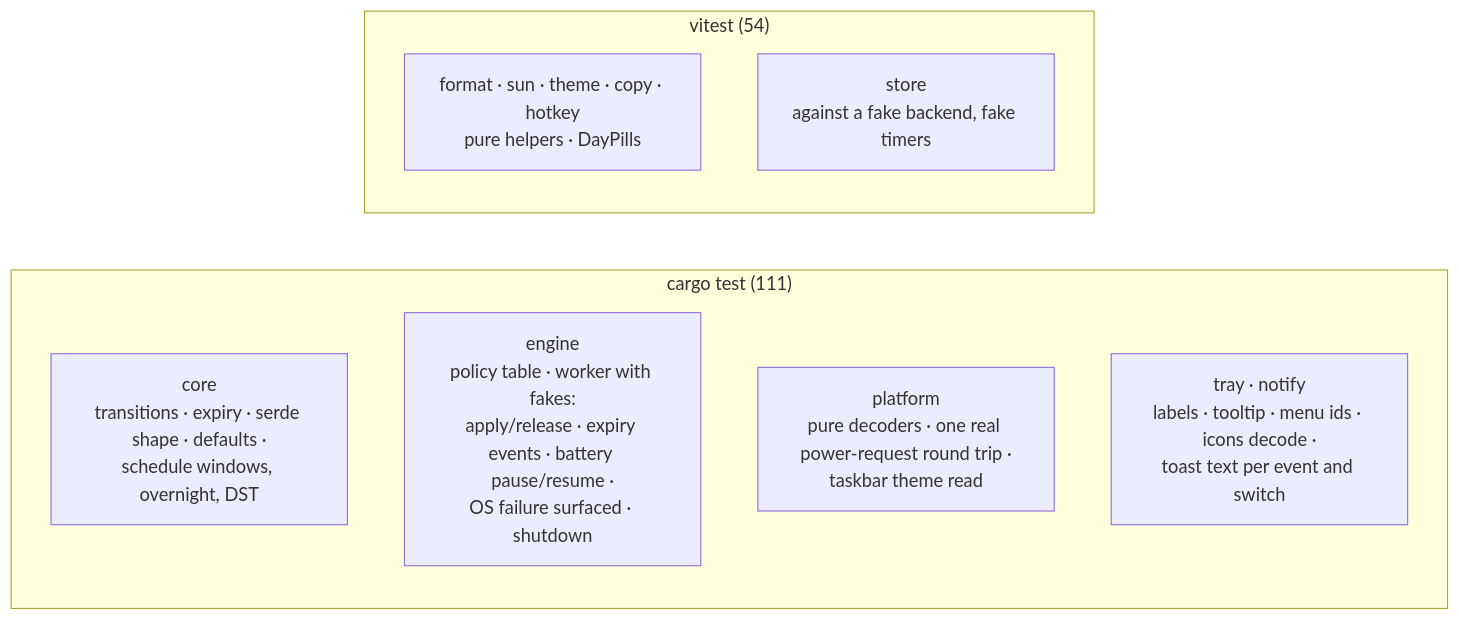
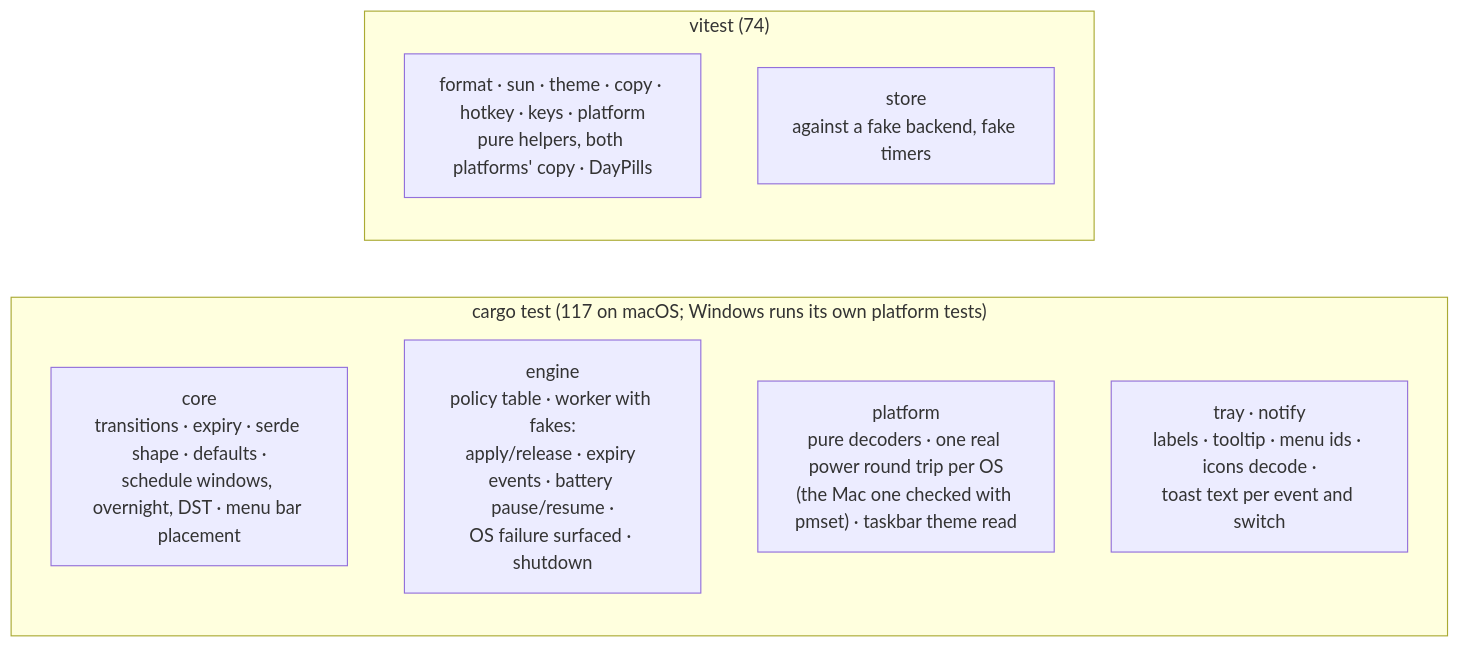
One commit to ax5hay/KeepMeAwake changed the third of 3 diagrams in docs/development.md. Above: the diagram before and after it, drawn with Mermaid. The commit also changed other lines of this file and 9 other files, not shown here.

First line of the commit message:
docs: macOS in the guide, architecture, design, budget and changelog

````diff
--- a/docs/development.md
+++ b/docs/development.md
@@ -151,13 +170,13 @@
 ```mermaid
 flowchart LR
-    subgraph rust["cargo test (111)"]
-        core_t["core<br/>transitions · expiry · serde shape · defaults ·<br/>schedule windows, overnight, DST"]
+    subgraph rust["cargo test (117 on macOS; Windows runs its own platform tests)"]
+        core_t["core<br/>transitions · expiry · serde shape · defaults ·<br/>schedule windows, overnight, DST · menu bar placement"]
         engine_t["engine<br/>policy table · worker with fakes:<br/>apply/release · expiry events · battery pause/resume ·<br/>OS failure surfaced · shutdown"]
-        platform_t["platform<br/>pure decoders · one real power-request round trip ·<br/>taskbar theme read"]
+        platform_t["platform<br/>pure decoders · one real power round trip per OS<br/>(the Mac one checked with pmset) · taskbar theme read"]
         tray_t["tray · notify<br/>labels · tooltip · menu ids · icons decode ·<br/>toast text per event and switch"]
     end
-    subgraph ui["vitest (54)"]
-        fmt["format · sun · theme · copy · hotkey<br/>pure helpers · DayPills"]
+    subgraph ui["vitest (74)"]
+        fmt["format · sun · theme · copy · hotkey · keys · platform<br/>pure helpers, both platforms' copy · DayPills"]
         store_t["store<br/>against a fake backend, fake timers"]
     end
 ```
````
